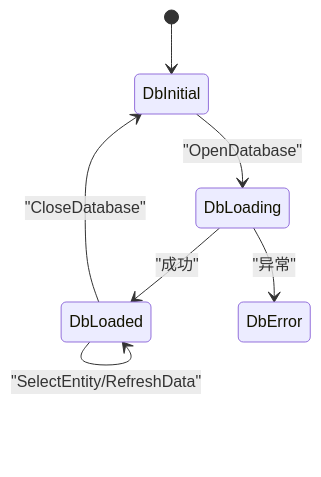
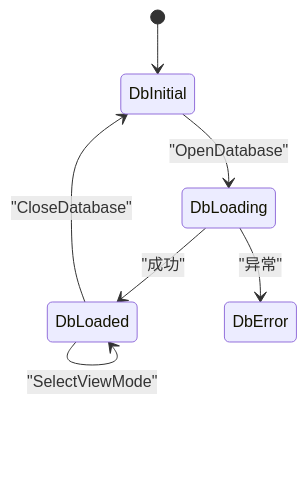
The third of 4 diagrams in .qoder/repowiki/zh/content/UI 组件/主页面布局.md (kongpf8848/objectbox_viewer), drawn with Mermaid before and after one commit. The commit also changed other lines of this file and 9 other files, not shown here.

````diff
--- a/.qoder/repowiki/zh/content/UI 组件/主页面布局.md
+++ b/.qoder/repowiki/zh/content/UI 组件/主页面布局.md
@@ -201,9 +254,10 @@
 ```mermaid
 stateDiagram-v2
 [*] --> DbInitial
 DbInitial --> DbLoading : "OpenDatabase"
 DbLoading --> DbLoaded : "成功"
 DbLoading --> DbError : "异常"
 DbLoaded --> DbLoaded : "SelectEntity/RefreshData"
+DbLoaded --> DbLoaded : "SelectViewMode"
 DbLoaded --> DbInitial : "CloseDatabase"
 ```
````
